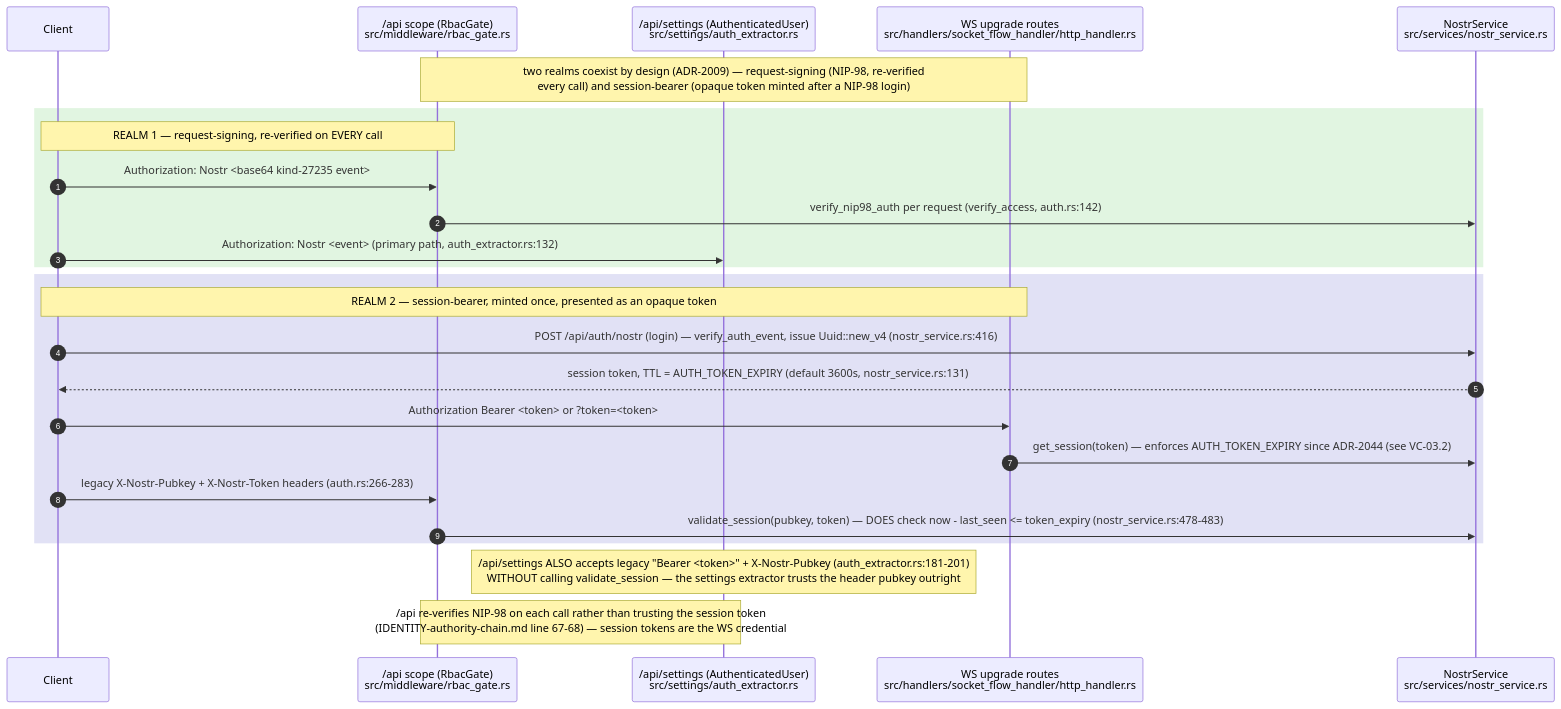
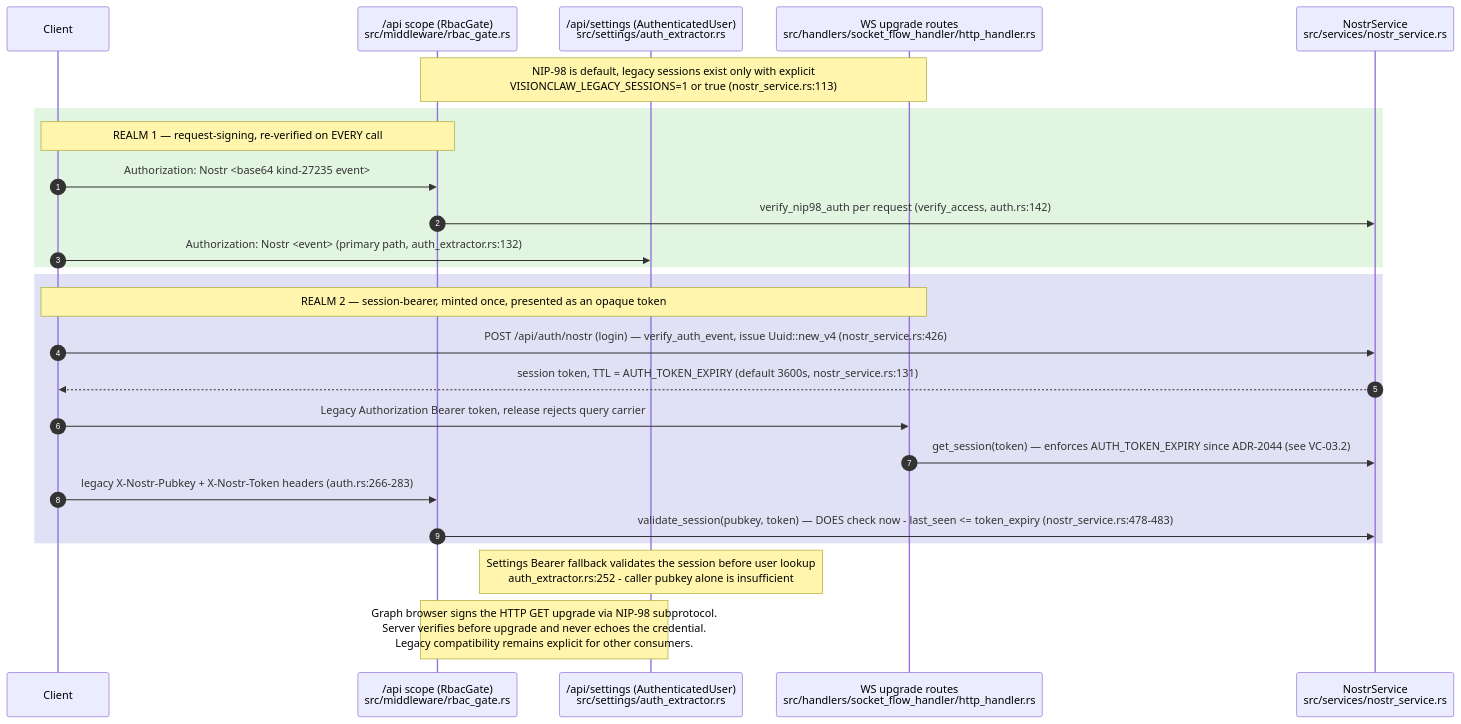
One commit to DreamLab-AI/VisionFlow changed the fifth of 17 diagrams in docs/diagrams/visionclaw/03-request-lifecycle-and-rbac.md. Above: the diagram before and after it, drawn with Mermaid. The commit also changed other lines of this file and 51 other files, not shown here.

First line of the commit message:
docs(diagrams): agentbox AB-01..13 re-attested anchor by anchor (980 anchors, 22 defects); checkpoint against an out-of-mesh writer

````diff
--- a/docs/diagrams/visionclaw/03-request-lifecycle-and-rbac.md
+++ b/docs/diagrams/visionclaw/03-request-lifecycle-and-rbac.md
@@ -257,28 +259,28 @@
 ```mermaid
 sequenceDiagram
     autonumber
     participant C as Client
     participant API as /api scope (RbacGate)<br/>src/middleware/rbac_gate.rs
     participant SET as /api/settings (AuthenticatedUser)<br/>src/settings/auth_extractor.rs
     participant WSy as WS upgrade routes<br/>src/handlers/socket_flow_handler/http_handler.rs
     participant NS as NostrService<br/>src/services/nostr_service.rs
 
-    Note over API,WSy: two realms coexist by design (ADR-2009) — request-signing (NIP-98, re-verified<br/>every call) and session-bearer (opaque token minted after a NIP-98 login)
+    Note over API,WSy: NIP-98 is default, legacy sessions exist only with explicit<br/>VISIONCLAW_LEGACY_SESSIONS=1 or true (nostr_service.rs:113)
     rect rgb(225,245,225)
     Note over C,API: REALM 1 — request-signing, re-verified on EVERY call
     C->>API: Authorization: Nostr <base64 kind-27235 event>
     API->>NS: verify_nip98_auth per request (verify_access, auth.rs:142)
     C->>SET: Authorization: Nostr <event> (primary path, auth_extractor.rs:132)
     end
     rect rgb(225,225,245)
     Note over C,WSy: REALM 2 — session-bearer, minted once, presented as an opaque token
-    C->>NS: POST /api/auth/nostr (login) — verify_auth_event, issue Uuid::new_v4 (nostr_service.rs:416)
+    C->>NS: POST /api/auth/nostr (login) — verify_auth_event, issue Uuid::new_v4 (nostr_service.rs:426)
     NS-->>C: session token, TTL = AUTH_TOKEN_EXPIRY (default 3600s, nostr_service.rs:131)
-    C->>WSy: Authorization Bearer <token> or ?token=<token>
+    C->>WSy: Legacy Authorization Bearer token, release rejects query carrier
     WSy->>NS: get_session(token) — enforces AUTH_TOKEN_EXPIRY since ADR-2044 (see VC-03.2)
     C->>API: legacy X-Nostr-Pubkey + X-Nostr-Token headers (auth.rs:266-283)
     API->>NS: validate_session(pubkey, token) — DOES check now - last_seen <= token_expiry (nostr_service.rs:478-483)
     end
-    Note over SET: /api/settings ALSO accepts legacy "Bearer <token>" + X-Nostr-Pubkey (auth_extractor.rs:181-201)<br/>WITHOUT calling validate_session — the settings extractor trusts the header pubkey outright
-    Note over API,SET: /api re-verifies NIP-98 on each call rather than trusting the session token<br/>(IDENTITY-authority-chain.md line 67-68) — session tokens are the WS credential
+    Note over SET: Settings Bearer fallback validates the session before user lookup<br/>auth_extractor.rs:252 - caller pubkey alone is insufficient
+    Note over API,SET: Graph browser signs the HTTP GET upgrade via NIP-98 subprotocol.<br/>Server verifies before upgrade and never echoes the credential.<br/>Legacy compatibility remains explicit for other consumers.
 ```
````
